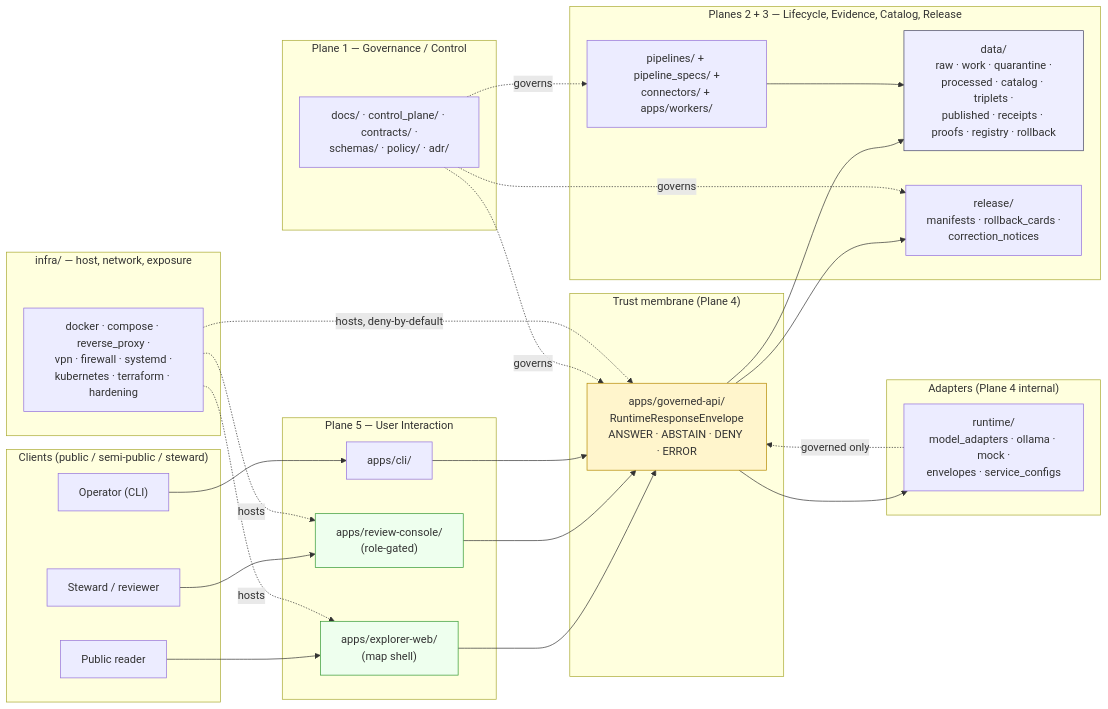
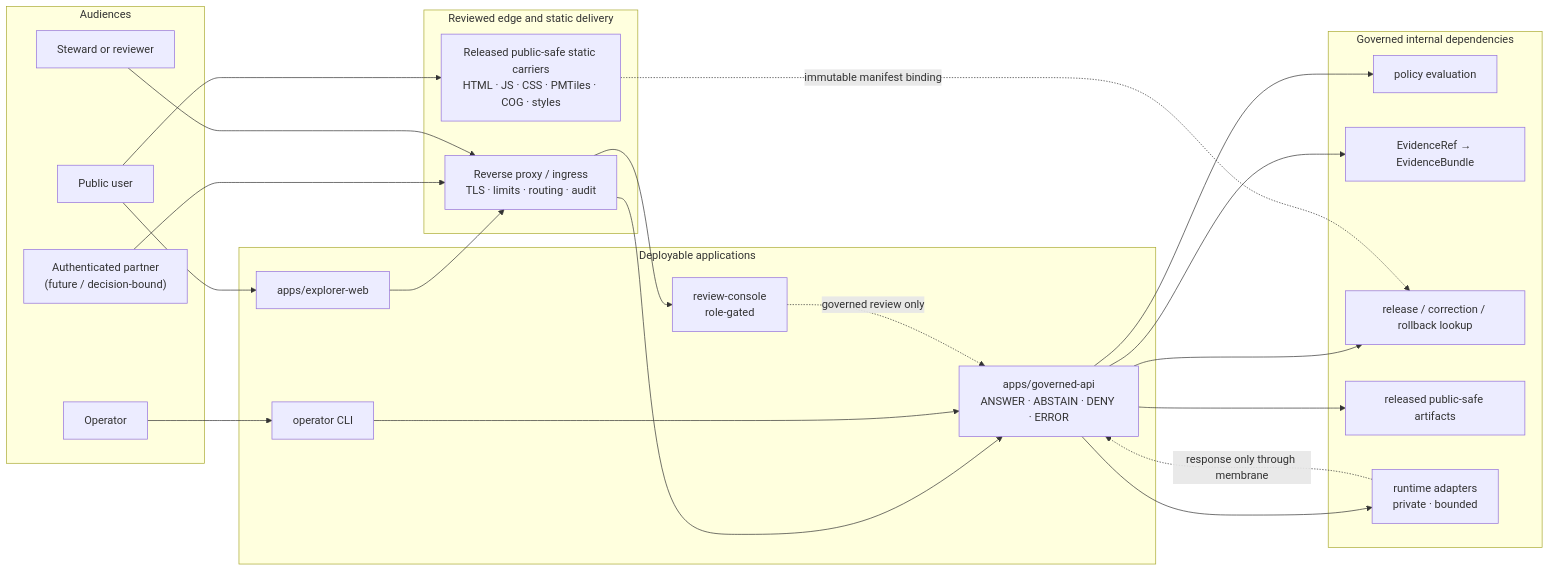
The second of 2 diagrams in docs/architecture/deployment-topology.md (bartytime4life/Kansas-Frontier-Matrix), drawn with Mermaid before and after one commit. The commit also changed other lines of this file, not shown here.

Commit message:
docs(architecture): ground deployment topology in current repo state

````diff
--- a/docs/architecture/deployment-topology.md
+++ b/docs/architecture/deployment-topology.md
@@ -124,68 +319,50 @@
 ```mermaid
 flowchart LR
-  subgraph Clients["Clients (public / semi-public / steward)"]
-    PUB["Public reader"]
-    REV["Steward / reviewer"]
-    OPS["Operator (CLI)"]
-  end
+    subgraph Audiences["Audiences"]
+      PUB["Public user"]
+      PARTNER["Authenticated partner<br/>(future / decision-bound)"]
+      REVIEWER["Steward or reviewer"]
+      OPERATOR["Operator"]
+    end
 
-  subgraph Plane5["Plane 5 — User Interaction"]
-    EXP["apps/explorer-web/<br/>(map shell)"]
-    RC["apps/review-console/<br/>(role-gated)"]
-    CLI["apps/cli/"]
-  end
+    subgraph Edge["Reviewed edge and static delivery"]
+      STATIC["Released public-safe static carriers<br/>HTML · JS · CSS · PMTiles · COG · styles"]
+      INGRESS["Reverse proxy / ingress<br/>TLS · limits · routing · audit"]
+    end
 
-  subgraph Membrane["Trust membrane (Plane 4)"]
-    API["apps/governed-api/<br/>RuntimeResponseEnvelope<br/>ANSWER · ABSTAIN · DENY · ERROR"]
-  end
+    subgraph Apps["Deployable applications"]
+      EXPLORER["apps/explorer-web"]
+      API["apps/governed-api<br/>ANSWER · ABSTAIN · DENY · ERROR"]
+      REVIEW["review-console<br/>role-gated"]
+      CLI["operator CLI"]
+    end
 
-  subgraph Plane2_3["Planes 2 + 3 — Lifecycle, Evidence, Catalog, Release"]
-    DATA["data/<br/>raw · work · quarantine ·<br/>processed · catalog · triplets ·<br/>published · receipts · proofs · registry · rollback"]
-    REL["release/<br/>manifests · rollback_cards ·<br/>correction_notices"]
-    PIPE["pipelines/ + pipeline_specs/ +<br/>connectors/ + apps/workers/"]
-  end
+    subgraph Trust["Governed internal dependencies"]
+      POLICY["policy evaluation"]
+      EVIDENCE["EvidenceRef → EvidenceBundle"]
+      RELEASE["release / correction / rollback lookup"]
+      PUBLISHED["released public-safe artifacts"]
+      RUNTIME["runtime adapters<br/>private · bounded"]
+    end
 
-  subgraph Runtime["Adapters (Plane 4 internal)"]
-    RT["runtime/<br/>model_adapters · ollama · mock ·<br/>envelopes · service_configs"]
-  end
+    PUB --> STATIC
+    PUB --> EXPLORER
+    PARTNER --> INGRESS
+    REVIEWER --> INGRESS
+    OPERATOR --> CLI
 
-  subgraph Plane1["Plane 1 — Governance / Control"]
-    GOV["docs/ · control_plane/ · contracts/ ·<br/>schemas/ · policy/ · adr/"]
-  end
+    EXPLORER --> INGRESS
+    INGRESS --> API
+    INGRESS --> REVIEW
+    CLI --> API
 
-  subgraph Infra["infra/ — host, network, exposure"]
-    NET["docker · compose · reverse_proxy ·<br/>vpn · firewall · systemd ·<br/>kubernetes · terraform · hardening"]
-  end
+    API --> POLICY
+    API --> EVIDENCE
+    API --> RELEASE
+    API --> PUBLISHED
+    API --> RUNTIME
 
-  PUB --> EXP
-  REV --> RC
-  OPS --> CLI
-
-  EXP --> API
-  RC --> API
-  CLI --> API
-
-  API --> RT
-  API --> DATA
-  API --> REL
-
-  PIPE --> DATA
-  RT -. governed only .-> API
-
-  GOV -. governs .-> API
-  GOV -. governs .-> PIPE
-  GOV -. governs .-> REL
-
-  NET -. hosts, deny-by-default .-> API
-  NET -. hosts .-> EXP
-  NET -. hosts .-> RC
-
-  classDef forbid stroke:#b00,stroke-dasharray: 3 3;
-  EXP:::ok
-  RC:::ok
-  API:::membrane
-  DATA:::data
-  classDef membrane fill:#fff5cc,stroke:#b58900;
-  classDef data fill:#eef,stroke:#446;
-  classDef ok fill:#efe,stroke:#393;
+    STATIC -. immutable manifest binding .-> RELEASE
+    REVIEW -. governed review only .-> API
+    RUNTIME -. response only through membrane .-> API
 ```
````
